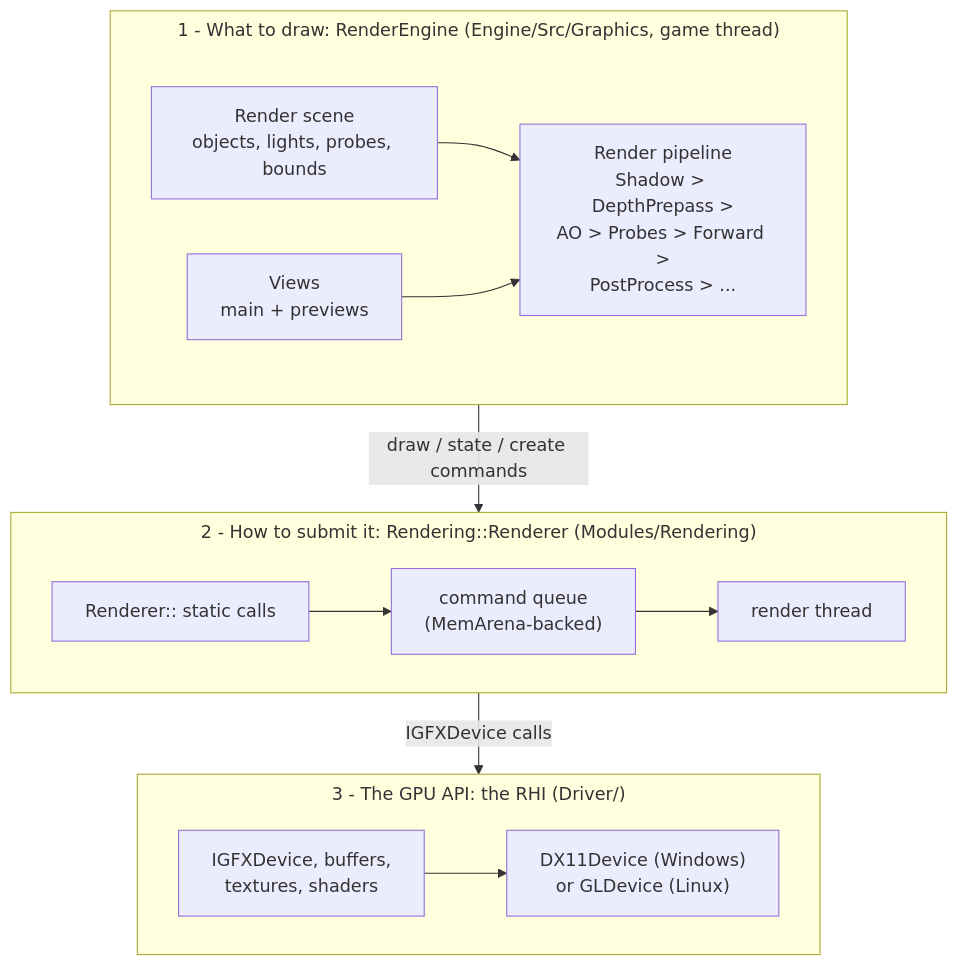
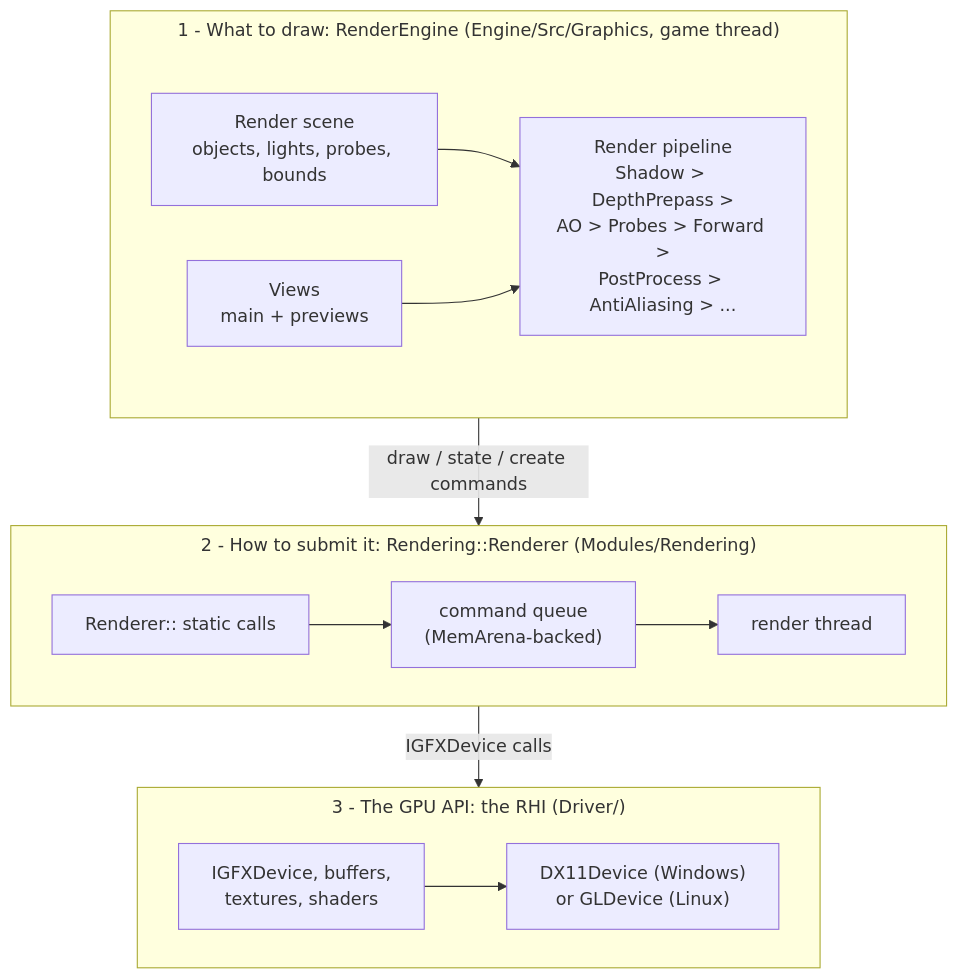
One commit to b1nary0/RZE changed the first of 2 diagrams in Docs/Generated/Engine/04-Rendering/Rendering-Overview.md. Above: the diagram before and after it, drawn with Mermaid. The commit also changed other lines of this file and 9 other files, not shown here.

First line of the commit message:
Docs: SMAA, the anti-aliasing stage and the Graphics settings page

````diff
--- a/Docs/Generated/Engine/04-Rendering/Rendering-Overview.md
+++ b/Docs/Generated/Engine/04-Rendering/Rendering-Overview.md
@@ -5,19 +5,19 @@
 ```mermaid
 %%{init: {'flowchart': {'subGraphTitleMargin': {'top': 6, 'bottom': 10}}, 'themeCSS': '.labelBkg, .edgeLabel { background-color: var(--background-primary) !important; } .messageText, .labelText, .loopText { paint-order: stroke; stroke: var(--background-primary); stroke-width: 12px; stroke-linejoin: round; }'}}%%
 flowchart TD
     subgraph L1["1 - What to draw: RenderEngine (Engine/Src/Graphics, game thread)"]
         direction LR
-        Scene["Render scene<br/>objects, lights, probes, bounds"] --> Pipe["Render pipeline<br/>Shadow > DepthPrepass ><br/>AO > Probes > Forward ><br/>PostProcess > ..."]
+        Scene["Render scene<br/>objects, lights, probes, bounds"] --> Pipe["Render pipeline<br/>Shadow > DepthPrepass ><br/>AO > Probes > Forward ><br/>PostProcess > AntiAliasing > ..."]
         Views["Views<br/>main + previews"] --> Pipe
     end
     subgraph L2["2 - How to submit it: Rendering::Renderer (Modules/Rendering)"]
         direction LR
         API["Renderer:: static calls"] --> Queue["command queue<br/>(MemArena-backed)"] --> Thread["render thread"]
     end
     subgraph L3["3 - The GPU API: the RHI (Driver/)"]
         direction LR
         Dev["IGFXDevice, buffers,<br/>textures, shaders"] --> Backends["DX11Device (Windows)<br/>or GLDevice (Linux)"]
     end
     L1 -->|"draw / state / create commands"| L2
     L2 -->|"IGFXDevice calls"| L3
 ```
````
